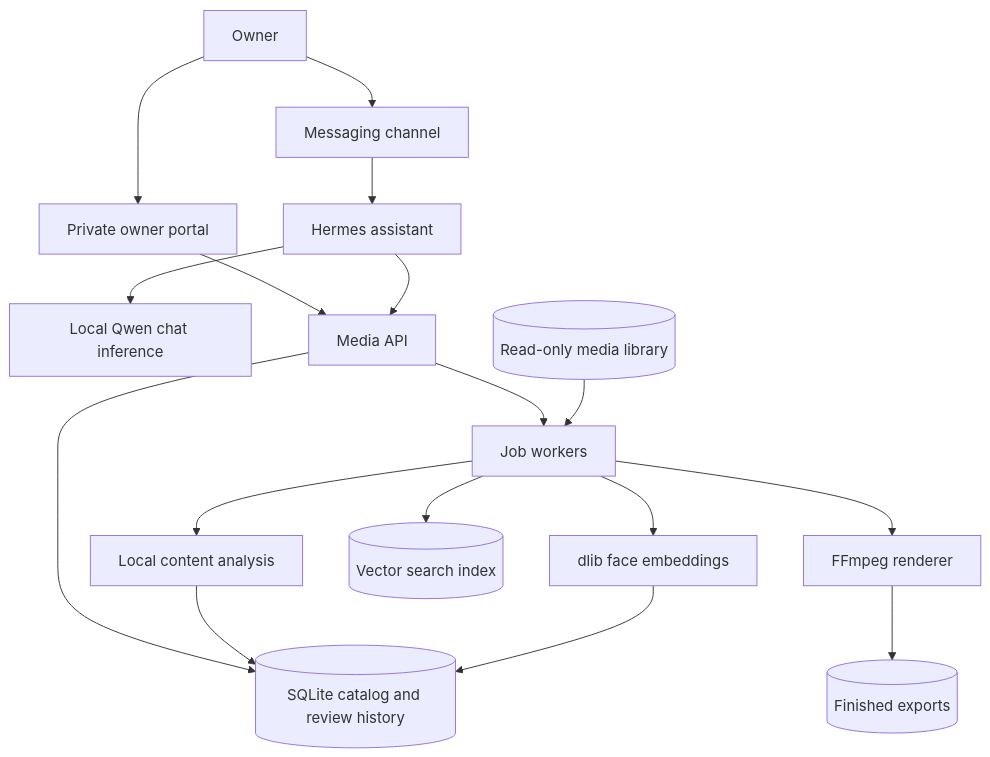
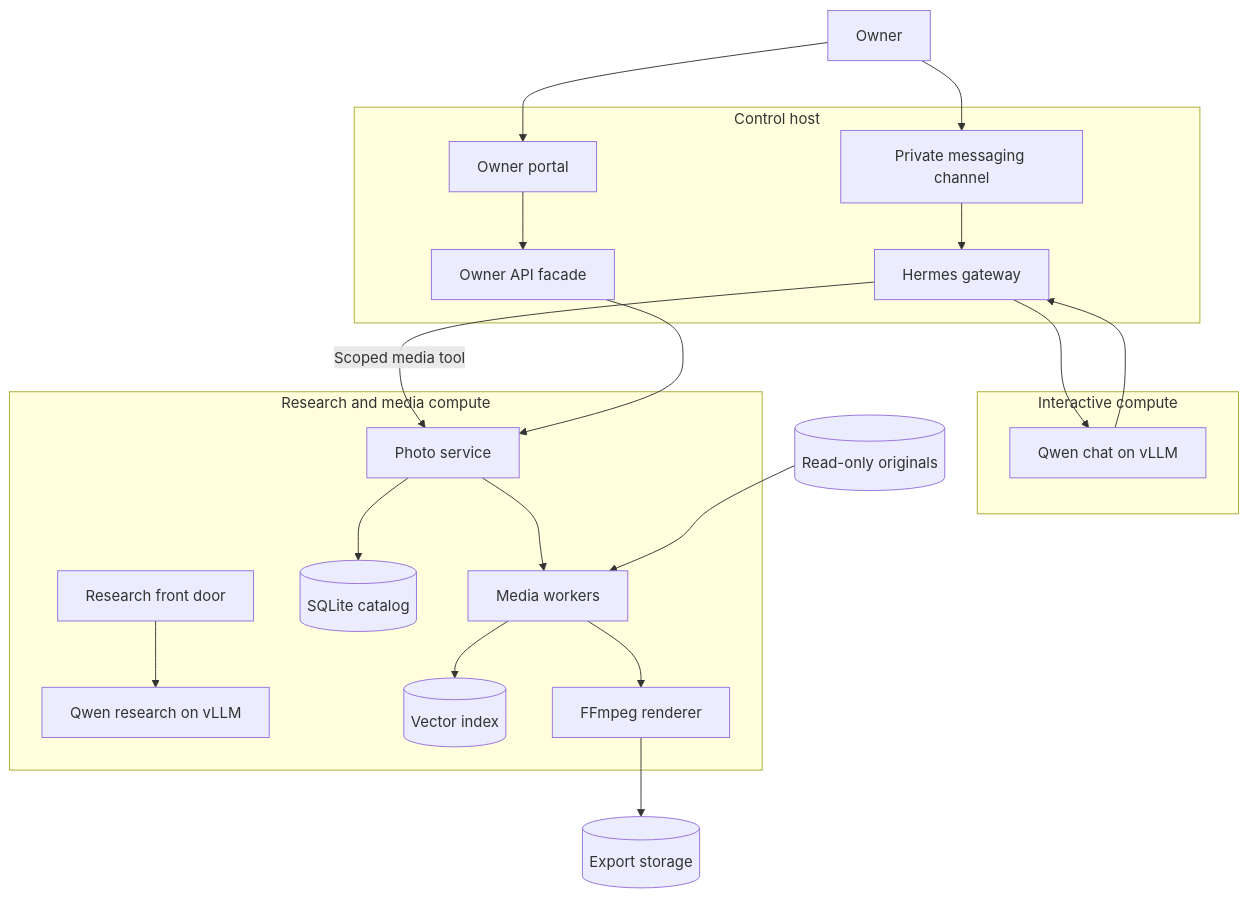
The first of 3 diagrams in README.md (sajithkaimal/Kendra-AI-Lab-Showcase), drawn with Mermaid before and after one commit. The commit also changed other lines of this file, not shown here.

Commit message:
Document model qualification, serving topology, and end-to-end review contracts

````diff
--- a/README.md
+++ b/README.md
@@ -7,19 +19,24 @@
 ```mermaid
 flowchart TB
-    Owner[Owner] --> Portal[Private owner portal]
-    Owner --> Chat[Messaging channel]
-    Chat --> Agent[Hermes assistant]
-    Agent --> ChatModel[Local Qwen chat inference]
-    Portal --> API[Media API]
-    Agent --> API
-    API --> Catalog[(SQLite catalog and review history)]
-    API --> Jobs[Job workers]
-    Media[(Read-only media library)] --> Jobs
-    Jobs --> Vision[Local content analysis]
-    Jobs --> Faces[dlib face embeddings]
-    Vision --> Catalog
-    Faces --> Catalog
-    Jobs --> Vector[(Vector search index)]
-    Jobs --> Render[FFmpeg renderer]
-    Render --> Exports[(Finished exports)]
+    O[Owner] --> W[Private messaging channel]
+    O --> P[Owner portal]
+    subgraph Control[Control host]
+      W --> H[Hermes gateway]
+      P --> A[Owner API facade]
+    end
+    subgraph Chat[Interactive compute]
+      H --> Q[Qwen chat on vLLM]
+      Q --> H
+    end
+    subgraph Research[Research and media compute]
+      R[Research front door] --> M[Qwen research on vLLM]
+      S[Photo service] --> DB[(SQLite catalog)]
+      S --> J[Media workers]
+      J --> V[(Vector index)]
+      J --> F[FFmpeg renderer]
+    end
+    H -->|Scoped media tool| S
+    A --> S
+    L[(Read-only originals)] --> J
+    F --> X[(Export storage)]
 ```
````
